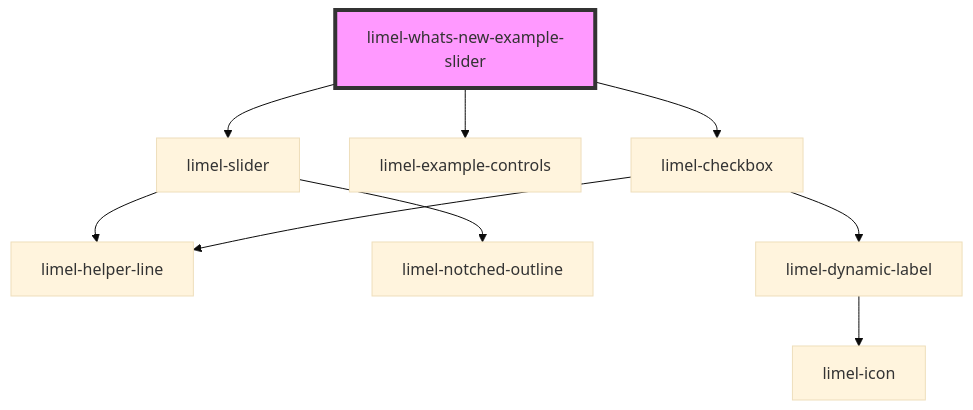
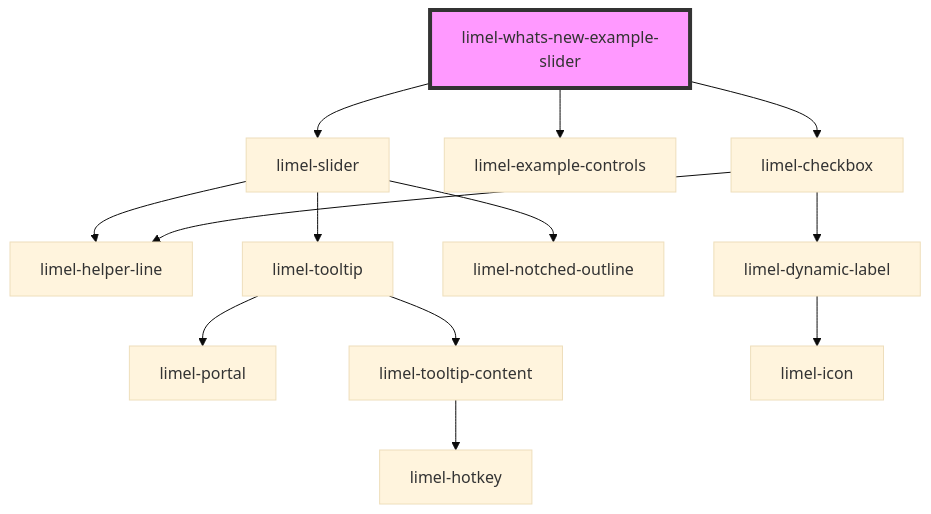
The diagram in versions/PR-4084/markdown-docs/examples/whats-new/examples/readme.md (Lundalogik/lime-elements), drawn with Mermaid (base theme) before and after one commit. The commit also changed 573 other files, not shown here.

````diff
--- a/versions/PR-4084/markdown-docs/examples/whats-new/examples/readme.md
+++ b/versions/PR-4084/markdown-docs/examples/whats-new/examples/readme.md
@@ -14,12 +14,16 @@
 ```mermaid
 graph TD;
   limel-whats-new-example-slider --> limel-slider
   limel-whats-new-example-slider --> limel-example-controls
   limel-whats-new-example-slider --> limel-checkbox
   limel-slider --> limel-helper-line
+  limel-slider --> limel-tooltip
   limel-slider --> limel-notched-outline
+  limel-tooltip --> limel-portal
+  limel-tooltip --> limel-tooltip-content
+  limel-tooltip-content --> limel-hotkey
   limel-checkbox --> limel-dynamic-label
   limel-checkbox --> limel-helper-line
   limel-dynamic-label --> limel-icon
   style limel-whats-new-example-slider fill:#f9f,stroke:#333,stroke-width:4px
 ```
````
